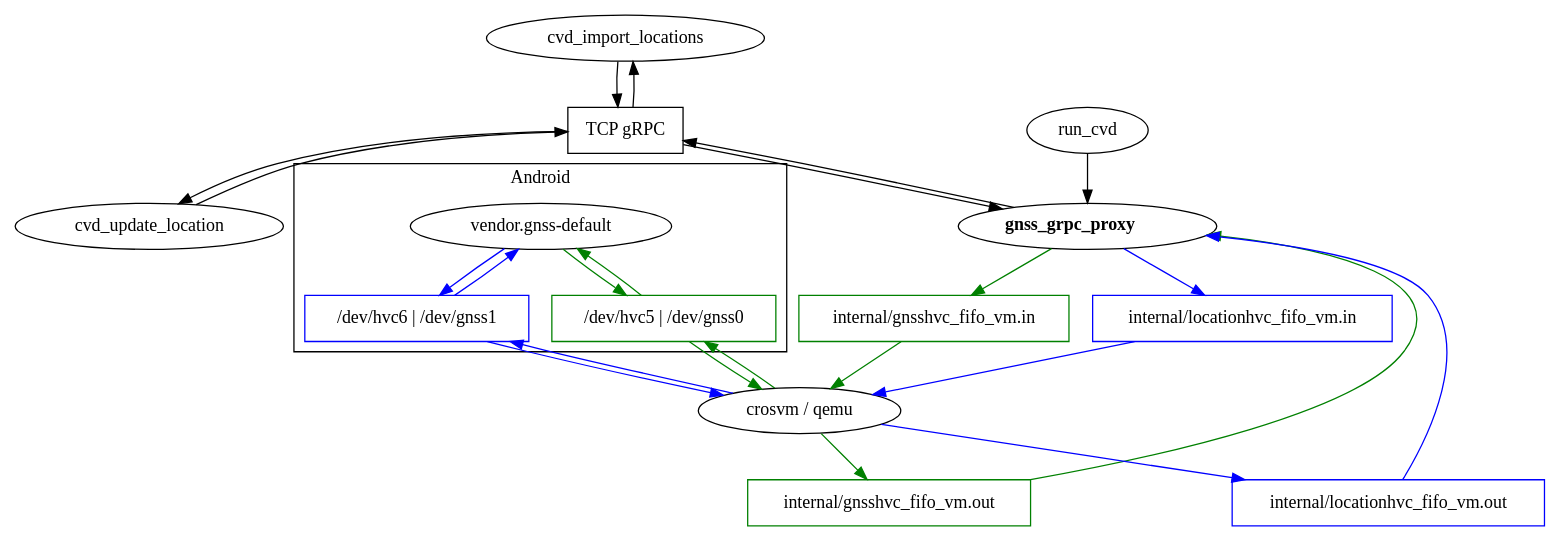
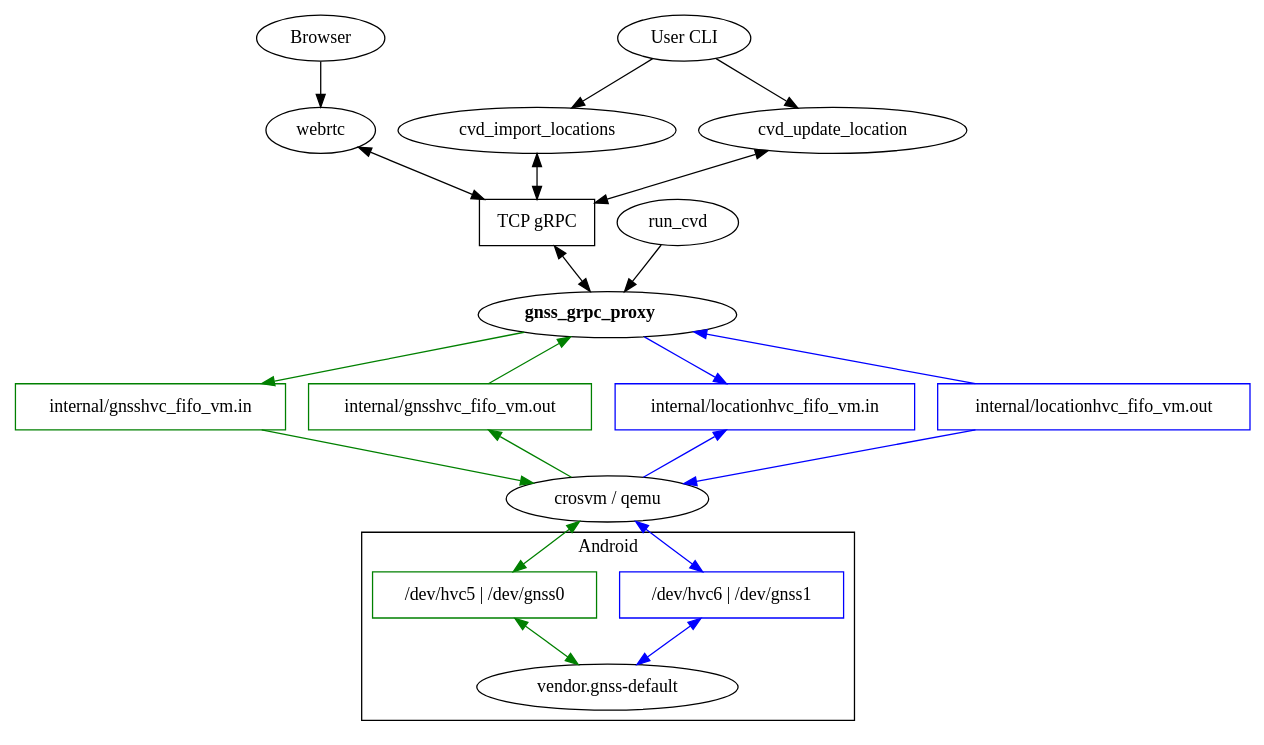
Before and after one commit to google/android-cuttlefish: the diagram in host/commands/gnss_grpc_proxy/doc/linkage.dot, drawn with Graphviz. The commit also changed 2 other files, not shown here.

Commit message:
Rearrange gnss_grpc_proxy architecture diagram layout
Bug: 254338333
Test: dot -Tpng linkage.dot -o linkage.png
Test: dot -Tsvg linkage.svg -o linkage.svg

```diff
--- a/host/commands/gnss_grpc_proxy/doc/linkage.dot
+++ b/host/commands/gnss_grpc_proxy/doc/linkage.dot
@@ -1,53 +1,58 @@
 digraph {
+  browser [label = "Browser"]
+  cli [label = "User CLI"]
   cvd_import_locations [URL = "https://cs.android.com/android/platform/superproject/+/master:device/google/cuttlefish/host/commands/cvd_import_locations/"]
   cvd_update_location [URL = "https://cs.android.com/android/platform/superproject/+/master:device/google/cuttlefish/host/commands/cvd_update_location/"]
   gnss_grpc_proxy [label = < <B>gnss_grpc_proxy</B> >]
   gnss_grpc_server [label = "TCP gRPC", shape = "rectangle"]
   run_cvd [URL = "https://cs.android.com/android/platform/superproject/+/master:device/google/cuttlefish/host/commands/run_cvd/"]
-  host_gnss_console_in [color = "green", label = "internal/gnsshvc_fifo_vm.in", shape = "rectangle"]
-  host_gnss_console_out [color = "green", label = "internal/gnsshvc_fifo_vm.out", shape = "rectangle"]
-  host_fixed_location_console_in [color = "blue", label = "internal/locationhvc_fifo_vm.in", shape = "rectangle"]
-  host_fixed_location_console_out [color = "blue", label = "internal/locationhvc_fifo_vm.out", shape = "rectangle"]
   vmm [label = "crosvm / qemu"]
+  webrtc
+  subgraph fifos {
+    rank = same;
+    host_gnss_console_in [color = "green", label = "internal/gnsshvc_fifo_vm.in", shape = "rectangle"]
+    host_gnss_console_out [color = "green", label = "internal/gnsshvc_fifo_vm.out", shape = "rectangle"]
+    host_fixed_location_console_in [color = "blue", label = "internal/locationhvc_fifo_vm.in", shape = "rectangle"]
+    host_fixed_location_console_out [color = "blue", label = "internal/locationhvc_fifo_vm.out", shape = "rectangle"]
+  }
   subgraph cluster_android {
     label = "Android"
 
     gnss_hal [label = "vendor.gnss-default", URL = "https://cs.android.com/android/platform/superproject/+/master:hardware/interfaces/gnss/aidl/default/"]
-    fixed_location_console [color = "blue", label = "/dev/hvc6 | /dev/gnss1", shape = "rectangle"]
-    gnss_console [color = "green", label = "/dev/hvc5 | /dev/gnss0", shape = "rectangle"]
+    subgraph consoles {
+      rank = same;
+      fixed_location_console [color = "blue", label = "/dev/hvc6 | /dev/gnss1", shape = "rectangle"]
+      gnss_console [color = "green", label = "/dev/hvc5 | /dev/gnss0", shape = "rectangle"]
+    }
   }
+
+  cli -> cvd_import_locations
+  cli -> cvd_update_location
+  browser -> webrtc
 
   run_cvd -> gnss_grpc_proxy
 
-  fixed_location_console -> gnss_hal [color = "blue"]
-  gnss_hal -> fixed_location_console [color = "blue"]
-  gnss_console -> gnss_hal [color = "green"]
-  gnss_hal -> gnss_console [color = "green"]
+  fixed_location_console -> gnss_hal [color = "blue", dir = "both"]
+  gnss_console -> gnss_hal [color = "green", dir = "both"]
 
-  cvd_import_locations -> gnss_grpc_server
-  gnss_grpc_server -> cvd_import_locations
+  cvd_import_locations -> gnss_grpc_server [dir = "both"]
+  cvd_update_location -> gnss_grpc_server [dir = "both"]
+  webrtc -> gnss_grpc_server [dir = "both"]
 
-  cvd_update_location -> gnss_grpc_server
-  gnss_grpc_server -> cvd_update_location
-
-  gnss_grpc_server -> gnss_grpc_proxy
-  gnss_grpc_proxy -> gnss_grpc_server
+  gnss_grpc_server -> gnss_grpc_proxy [dir = "both"]
 
   gnss_grpc_proxy -> host_gnss_console_in [color = "green"]
   host_gnss_console_out -> gnss_grpc_proxy [color = "green"]
 
   vmm -> host_gnss_console_out [color = "green"]
   host_gnss_console_in -> vmm [color = "green"]
 
-  gnss_grpc_proxy -> host_fixed_location_console_in [color = "blue"]
+  host_fixed_location_console_in -> gnss_grpc_proxy [color = "blue", dir = "back"]
   host_fixed_location_console_out -> gnss_grpc_proxy [color = "blue"]
 
-  vmm -> host_fixed_location_console_out [color = "blue"]
-  host_fixed_location_console_in -> vmm [color = "blue"]
+  host_fixed_location_console_out -> vmm [color = "blue"]
+  host_fixed_location_console_in -> vmm [color = "blue", dir = "back"]
 
-  vmm -> fixed_location_console [color = "blue"]
-  fixed_location_console -> vmm [color = "blue"]
-
-  gnss_console -> vmm [color = "green"]
-  vmm -> gnss_console [color = "green"]
+  vmm -> fixed_location_console [color = "blue", dir = "both"]
+  vmm -> gnss_console [color = "green", dir = "both"]
 }
```
